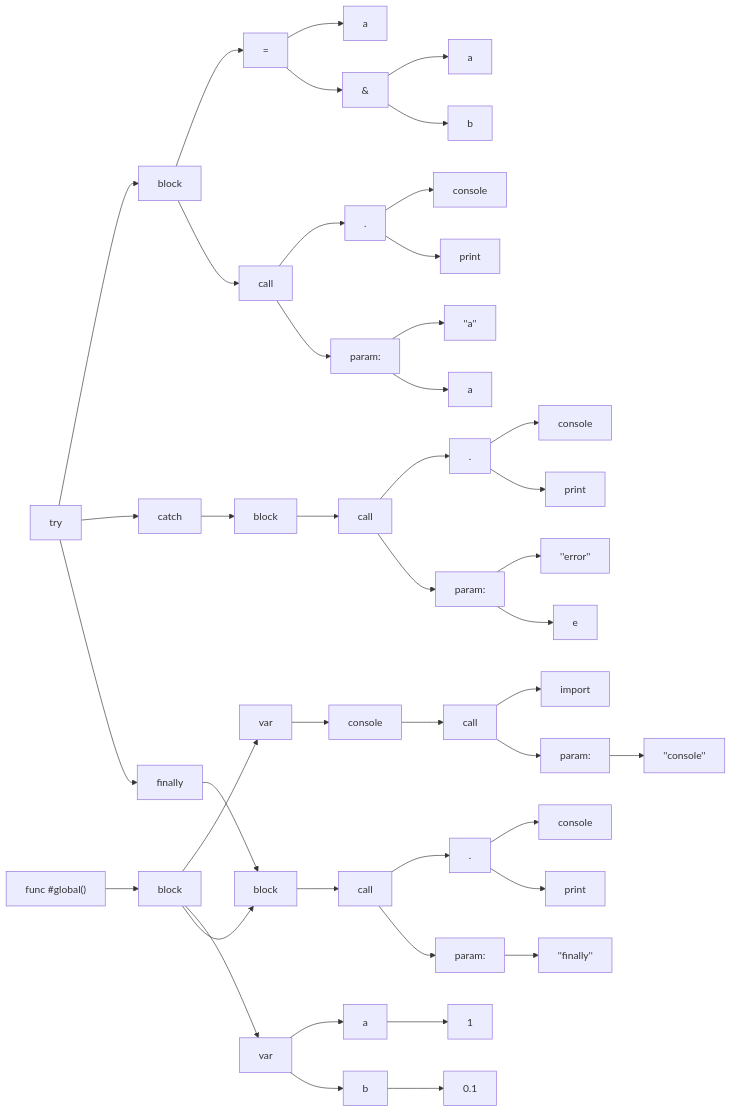
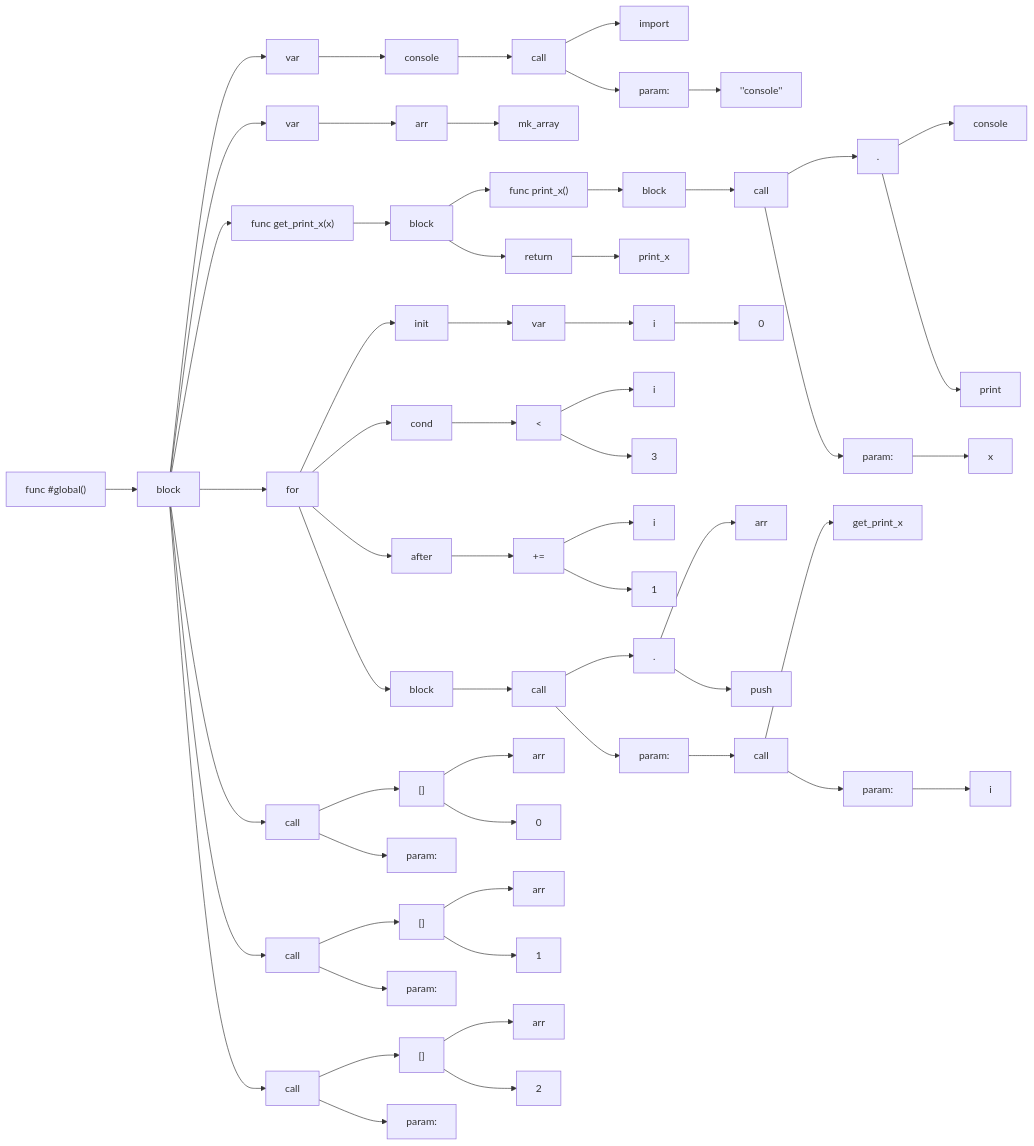
The diagram in graph.md (rick-200/Rapid), drawn with Mermaid before and after one commit. The commit also changed 18 other files, not shown here.

````diff
--- a/graph.md
+++ b/graph.md
@@ -15,76 +15,110 @@
 4-->5
 2-->3
 9["var"]
-A["a"]
+A["arr"]
 9-->A
-B["1"]
+B["mk_array"]
 A-->B
-C["b"]
-9-->C
-D["0.1"]
-C-->D
 2-->9
-E["try"]
-F["catch"]
-10["block"]
-11["="]
-12["a"]
-13["&"]
-14["a"]
-15["b"]
-13-->14
-13-->15
+C["func get_print_x(x)"]
+D["block"]
+E["func print_x()"]
+F["block"]
+10["call"]
+11["."]
+12["console"]
+13["print"]
 11-->12
 11-->13
 10-->11
-16["call"]
-17["."]
-18["console"]
-19["print"]
-17-->18
-17-->19
+14["param:"]
+10-->14
+15["x"]
+14-->15
+F-->10
+E-->F
+D-->E
+16["return"]
+17["print_x"]
 16-->17
-1A["param:"]
-16-->1A
-1B["''a''"]
+D-->16
+C-->D
+2-->C
+18["for"]
+19["init"]
+18-->19
+1A["var"]
+1B["i"]
 1A-->1B
-1C["a"]
-1A-->1C
-10-->16
-E-->10
-1D["block"]
-1E["call"]
-1F["."]
-20["console"]
-21["print"]
-1F-->20
-1F-->21
+1C["0"]
+1B-->1C
+19-->1A
+1D["cond"]
+18-->1D
+1E["<"]
+1F["i"]
+20["3"]
 1E-->1F
-22["param:"]
-1E-->22
-23["''error''"]
+1E-->20
+1D-->1E
+21["after"]
+18-->21
+22["+="]
+23["i"]
+24["1"]
 22-->23
-24["e"]
 22-->24
-1D-->1E
-F-->1D
-E-->F
-25["finally"]
-E-->25
-26["block"]
-27["call"]
-28["."]
-29["console"]
-2A["print"]
-28-->29
-28-->2A
+21-->22
+25["block"]
+26["call"]
+27["."]
+28["arr"]
+29["push"]
 27-->28
-2B["param:"]
-27-->2B
-2C["''finally''"]
+27-->29
+26-->27
+2A["param:"]
+26-->2A
+2B["call"]
+2C["get_print_x"]
 2B-->2C
-26-->27
+2D["param:"]
+2B-->2D
+2E["i"]
+2D-->2E
+2A-->2B
 25-->26
-2-->26
+18-->25
+2-->18
+2F["call"]
+30["[]"]
+31["arr"]
+32["0"]
+30-->31
+30-->32
+2F-->30
+33["param:"]
+2F-->33
+2-->2F
+34["call"]
+35["[]"]
+36["arr"]
+37["1"]
+35-->36
+35-->37
+34-->35
+38["param:"]
+34-->38
+2-->34
+39["call"]
+3A["[]"]
+3B["arr"]
+3C["2"]
+3A-->3B
+3A-->3C
+39-->3A
+3D["param:"]
+39-->3D
+2-->39
 1-->2
 ```
````
